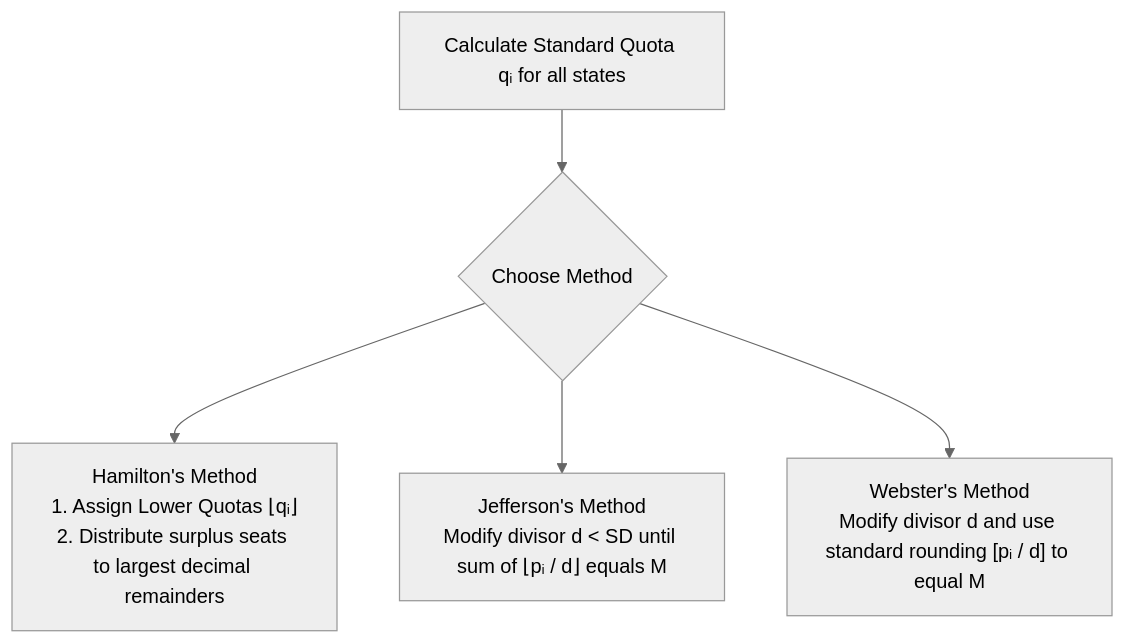
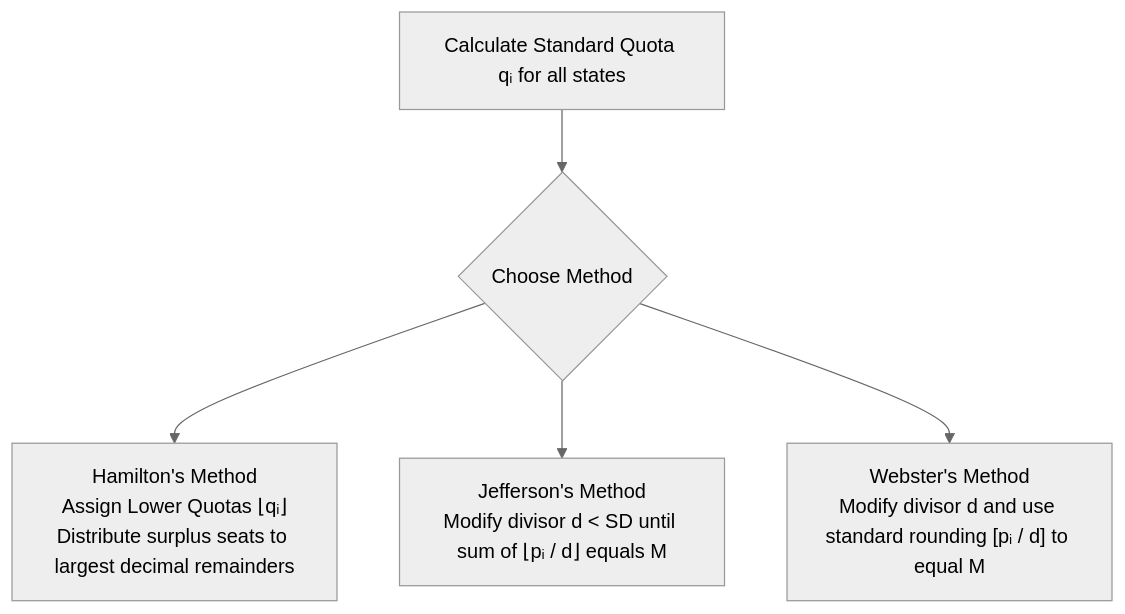
The second of 2 diagrams in content/Year 1/Mathematics in the Modern World/10. Voting Methods and Apportionment.md (aidocmr/learn-bscs), drawn with Mermaid (neutral theme) before and after one commit. The commit also changed other lines of this file and 20 other files, not shown here.

First line of the commit message:
fix: Remove markdown lists and numbered prefixes from all Mermaid diagrams

````diff
--- a/content/Year 1/Mathematics in the Modern World/10. Voting Methods and Apportionment.md
+++ b/content/Year 1/Mathematics in the Modern World/10. Voting Methods and Apportionment.md
@@ -56,7 +56,7 @@
 ```mermaid
 flowchart TD
     Init["Calculate Standard Quota qᵢ for all states"] --> Method{"Choose Method"}
-    Method --> Ham["Hamilton's Method<br/>1. Assign Lower Quotas ⌊qᵢ⌋<br/>2. Distribute surplus seats to largest decimal remainders"]
+    Method --> Ham["Hamilton's Method<br/>Assign Lower Quotas ⌊qᵢ⌋<br/>Distribute surplus seats to largest decimal remainders"]
     Method --> Jeff["Jefferson's Method<br/>Modify divisor d < SD until sum of ⌊pᵢ / d⌋ equals M"]
     Method --> Web["Webster's Method<br/>Modify divisor d and use standard rounding [pᵢ / d] to equal M"]
 ```
````
